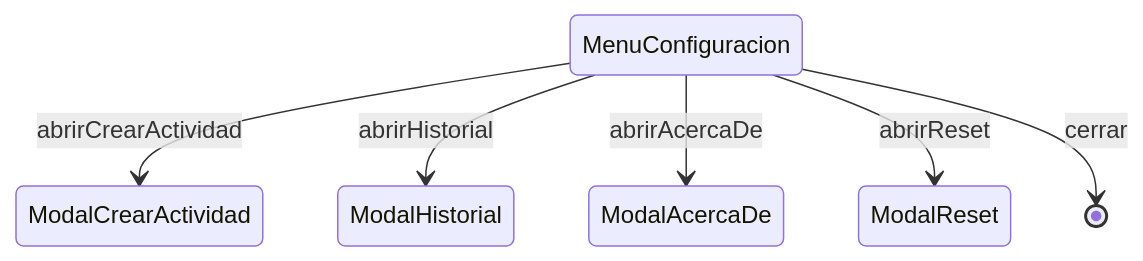
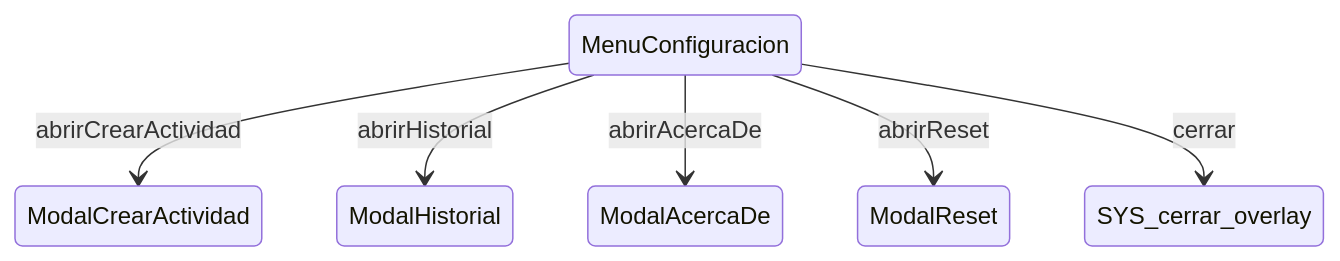
The diagram in docs/sistema/overlays/MenuConfiguracion.md (cepeche/Trenza-DSL), drawn with Mermaid before and after one commit. The commit also changed other lines of this file and 16 other files, not shown here.

````diff
--- a/docs/sistema/overlays/MenuConfiguracion.md
+++ b/docs/sistema/overlays/MenuConfiguracion.md
@@ -21,8 +17,8 @@
 ```mermaid
 stateDiagram-v2
     MenuConfiguracion --> ModalCrearActividad : abrirCrearActividad
     MenuConfiguracion --> ModalHistorial : abrirHistorial
     MenuConfiguracion --> ModalAcercaDe : abrirAcercaDe
     MenuConfiguracion --> ModalReset : abrirReset
-    MenuConfiguracion --> [*] : cerrar
+    MenuConfiguracion --> SYS_cerrar_overlay : cerrar
 ```
````
